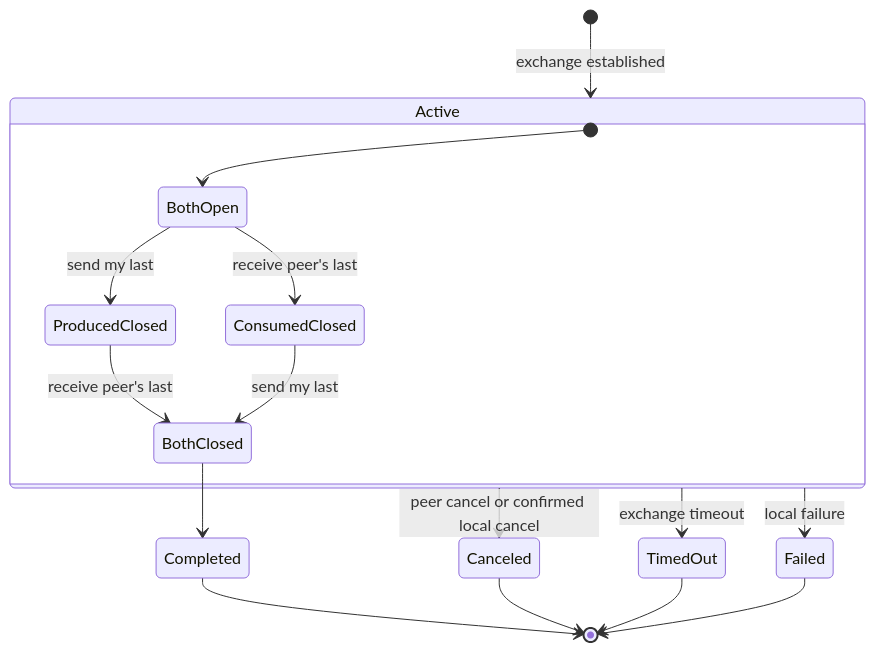
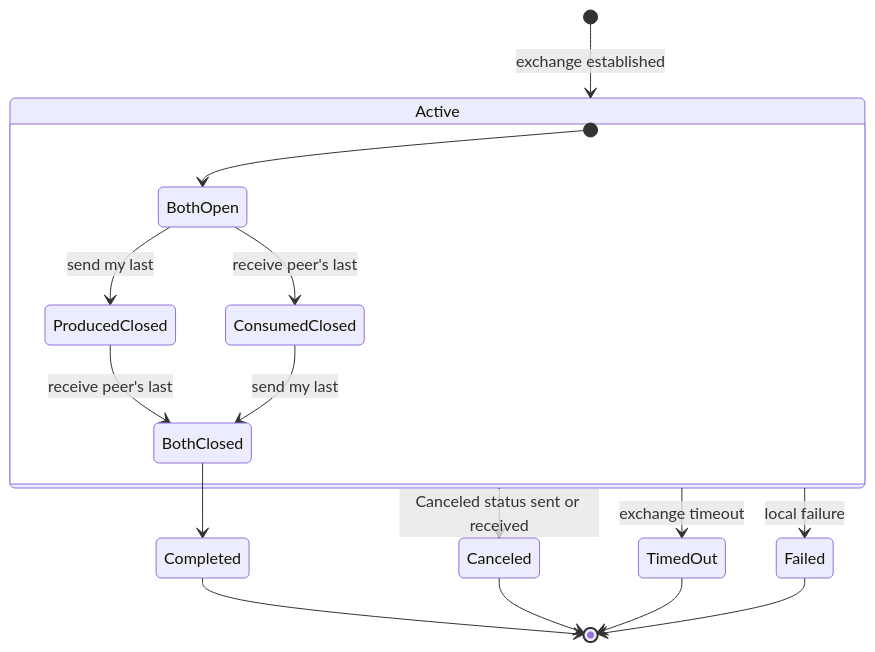
Before and after one commit to Azure/iot-operations-sdks: the first of 10 diagrams in doc/dev/adr/0025-rpc-streaming-lifecycle-diagrams.md, drawn with Mermaid. The commit also changed other lines of this file, not shown here.

Commit message:
fix: clarify cancellation message handling in RPC streaming lifecycle diagrams

````diff
--- a/doc/dev/adr/0025-rpc-streaming-lifecycle-diagrams.md
+++ b/doc/dev/adr/0025-rpc-streaming-lifecycle-diagrams.md
@@ -18,22 +18,22 @@
 ```mermaid
 stateDiagram-v2
     [*] --> Active: exchange established
 
     state Active {
         [*] --> BothOpen
         BothOpen --> ProducedClosed: send my last
         BothOpen --> ConsumedClosed: receive peer's last
         ProducedClosed --> BothClosed: receive peer's last
         ConsumedClosed --> BothClosed: send my last
     }
 
     BothClosed --> Completed
-    Active --> Canceled: peer cancel or confirmed local cancel
+    Active --> Canceled: Canceled status sent or received
     Active --> TimedOut: exchange timeout
     Active --> Failed: local failure
 
     Completed --> [*]
     Canceled --> [*]
     TimedOut --> [*]
     Failed --> [*]
 ```
````
